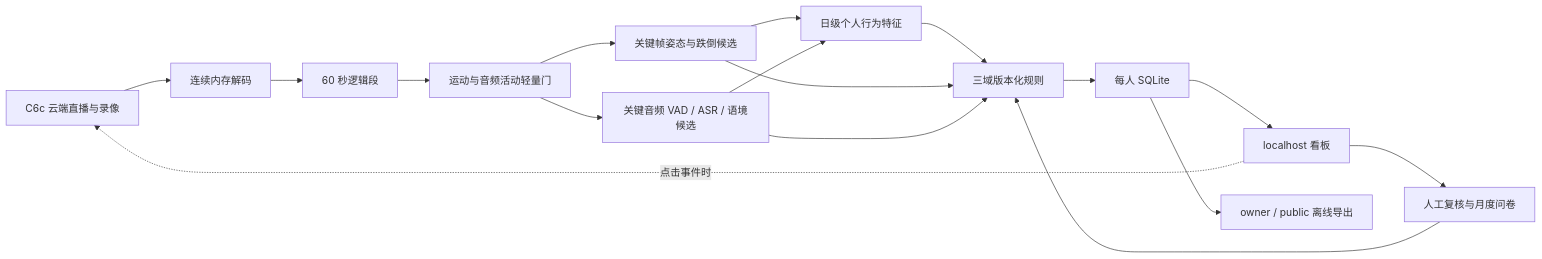
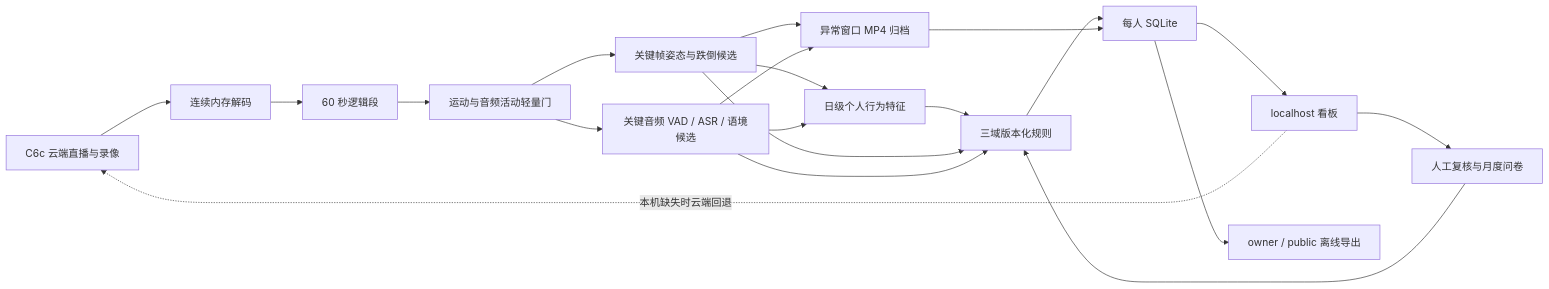
The diagram in docs/design/system-architecture.md (a1443356159/kangshield), drawn with Mermaid before and after one commit. The commit also changed other lines of this file and 25 other files, not shown here.

````diff
--- a/docs/design/system-architecture.md
+++ b/docs/design/system-architecture.md
@@ -14,19 +14,22 @@
 ```mermaid
 flowchart LR
     C[C6c 云端直播与录像] --> M[连续内存解码]
     M --> S[60 秒逻辑段]
     S --> G[运动与音频活动轻量门]
     G --> P[关键帧姿态与跌倒候选]
     G --> A[关键音频 VAD / ASR / 语境候选]
     P --> D[日级个人行为特征]
     A --> D
     D --> R[三域版本化规则]
     P --> R
     A --> R
+    P --> X[异常窗口 MP4 归档]
+    A --> X
     R --> L[每人 SQLite]
+    X --> L
     L --> W[localhost 看板]
     W --> H[人工复核与月度问卷]
     H --> R
     L --> E[owner / public 离线导出]
-    W -.点击事件时.-> C
+    W -.本机缺失时云端回退.-> C
 ```
````
